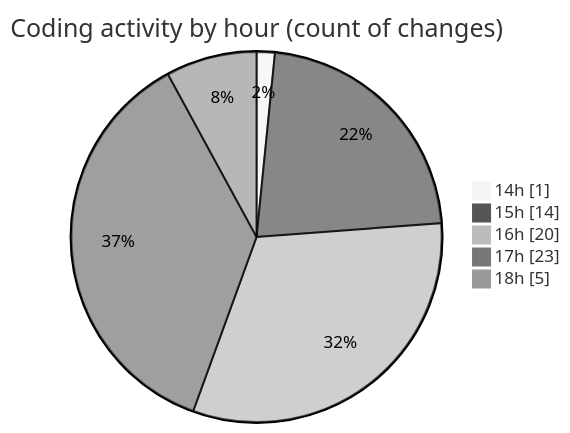
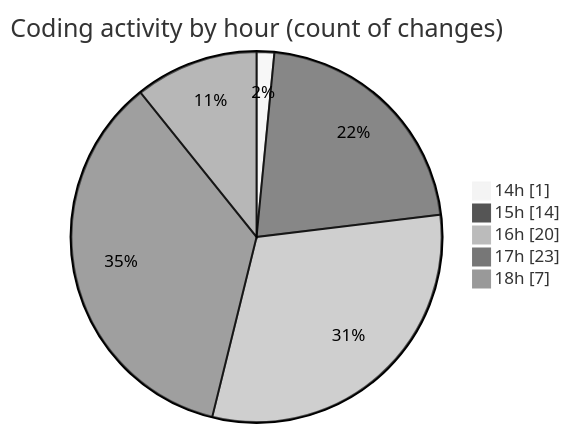
The second of 2 diagrams in 2025-05-12/argos-dev/README.md (nxtqubesakshisongat/code-tracking), drawn with Mermaid (neutral theme) before and after one commit. The commit also changed other lines of this file and 1 other file, not shown here.

````diff
--- a/2025-05-12/argos-dev/README.md
+++ b/2025-05-12/argos-dev/README.md
@@ -34,9 +34,9 @@
 ```mermaid
 pie showData
 title Coding activity by hour (count of changes)
 "14h" : 1
 "15h" : 14
 "16h" : 20
 "17h" : 23
-"18h" : 5
+"18h" : 7
 ```
````
